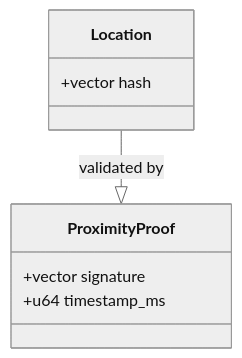
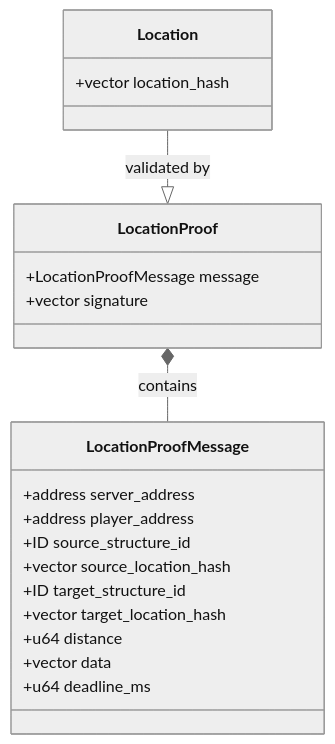
Before and after one commit to Scetrov/frontier.scetrov.live: the first of 3 diagrams in content/develop/world-contracts/primitives/location.move.md, drawn with Mermaid (neutral theme). The commit also changed other lines of this file and 8 other files, not shown here.

````diff
--- a/content/develop/world-contracts/primitives/location.move.md
+++ b/content/develop/world-contracts/primitives/location.move.md
@@ -14,12 +14,24 @@
 ```mermaid
 classDiagram
     class Location {
-        +vector<u8> hash
+        +vector<u8> location_hash
     }
-    class ProximityProof {
+    class LocationProofMessage {
+        +address server_address
+        +address player_address
+        +ID source_structure_id
+        +vector<u8> source_location_hash
+        +ID target_structure_id
+        +vector<u8> target_location_hash
+        +u64 distance
+        +vector<u8> data
+        +u64 deadline_ms
+    }
+    class LocationProof {
+        +LocationProofMessage message
         +vector<u8> signature
-        +u64 timestamp_ms
     }
-    Location --|> ProximityProof : validated by
+    LocationProof *-- LocationProofMessage : contains
+    Location --|> LocationProof : validated by
 
 ```
````
